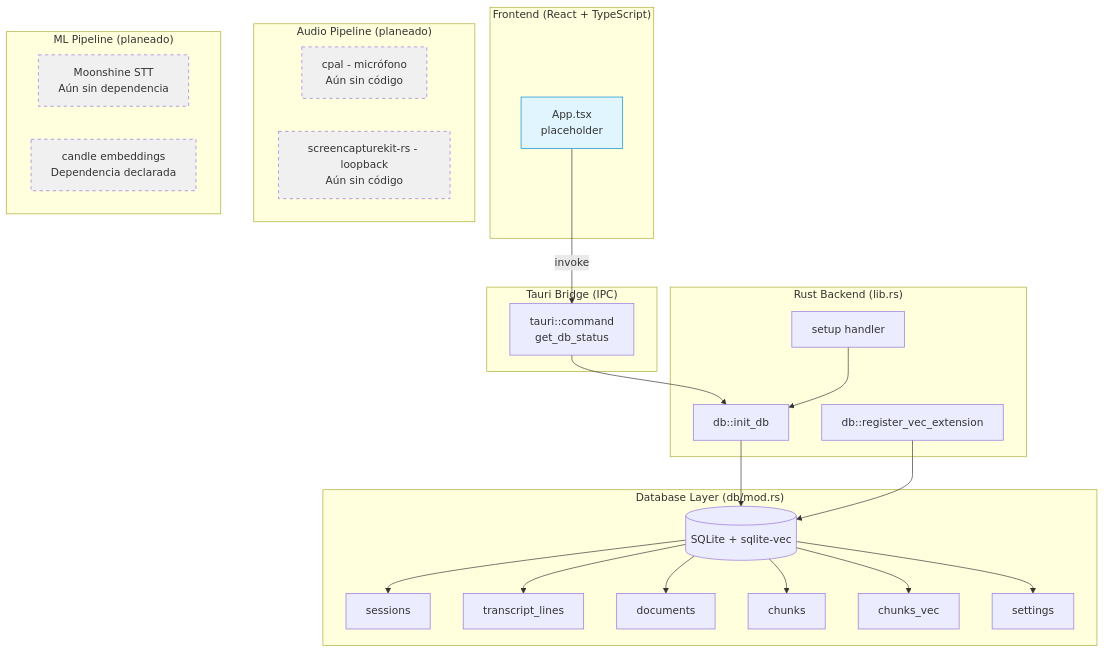
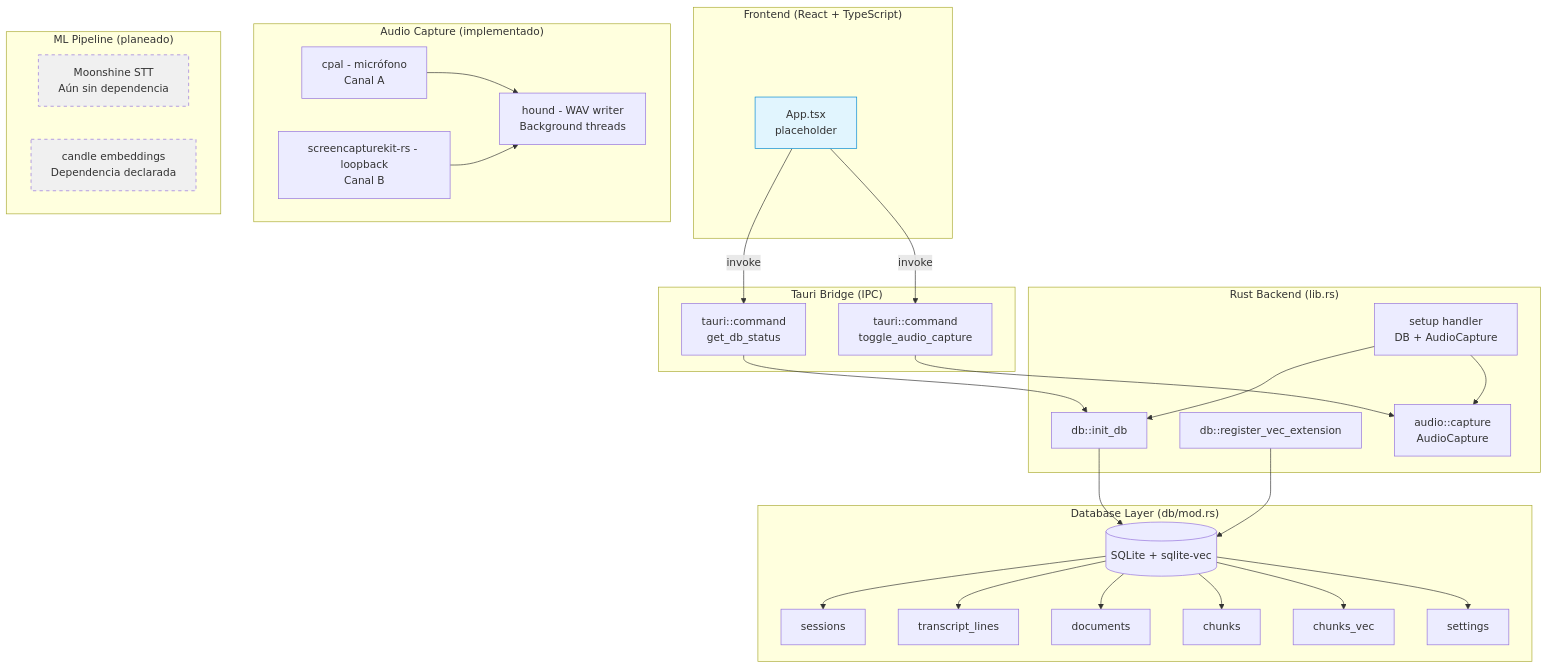
The diagram in design.md (dahch/kue), drawn with Mermaid before and after one commit. The commit also changed other lines of this file and 2 other files, not shown here.

Commit message:
docs: update project status and architecture for audio capture implementation
Reflect that Sprint 0 now includes dual audio capture (mic via cpal,
loopback via ScreenCaptureKit, WAV writer via hound). Update architecture
diagrams, component tables, and sprint roadmap accordingly.

````diff
--- a/design.md
+++ b/design.md
@@ -9,54 +9,60 @@
 ```mermaid
 graph TD
     subgraph "Frontend (React + TypeScript)"
         A[App.tsx<br/>placeholder]
     end
 
     subgraph "Tauri Bridge (IPC)"
-        B[tauri::command<br/>get_db_status]
+        B1[tauri::command<br/>get_db_status]
+        B2[tauri::command<br/>toggle_audio_capture]
     end
 
     subgraph "Rust Backend (lib.rs)"
         C[db::init_db]
         D[db::register_vec_extension]
-        E[setup handler]
+        E[setup handler<br/>DB + AudioCapture]
+        F[audio::capture<br/>AudioCapture]
     end
 
     subgraph "Database Layer (db/mod.rs)"
-        F[(SQLite + sqlite-vec)]
-        G[sessions]
-        H[transcript_lines]
-        I[documents]
-        J[chunks]
-        K[chunks_vec]
-        L[settings]
+        G[(SQLite + sqlite-vec)]
+        H[sessions]
+        I[transcript_lines]
+        J[documents]
+        K[chunks]
+        L[chunks_vec]
+        M[settings]
     end
 
-    subgraph "Audio Pipeline (planeado)"
-        M[cpal - micrófono<br/>Aún sin código]
-        N[screencapturekit-rs - loopback<br/>Aún sin código]
+    subgraph "Audio Capture (implementado)"
+        N[cpal - micrófono<br/>Canal A]
+        O[screencapturekit-rs - loopback<br/>Canal B]
+        P[hound - WAV writer<br/>Background threads]
     end
 
     subgraph "ML Pipeline (planeado)"
-        O[Moonshine STT<br/>Aún sin dependencia]
-        P[candle embeddings<br/>Dependencia declarada]
+        Q[Moonshine STT<br/>Aún sin dependencia]
+        R[candle embeddings<br/>Dependencia declarada]
     end
 
-    A -->|invoke| B
-    B --> C
-    C --> F
-    D --> F
+    A -->|invoke| B1
+    A -->|invoke| B2
+    B1 --> C
+    B2 --> F
+    C --> G
+    D --> G
     E --> C
-    F --> G
-    F --> H
-    F --> I
-    F --> J
-    F --> K
-    F --> L
+    E --> F
+    N --> P
+    O --> P
+    G --> H
+    G --> I
+    G --> J
+    G --> K
+    G --> L
+    G --> M
 
-    style M fill:#f0f0f0,stroke-dasharray: 5 5
-    style N fill:#f0f0f0,stroke-dasharray: 5 5
-    style O fill:#f0f0f0,stroke-dasharray: 5 5
-    style P fill:#f0f0f0,stroke-dasharray: 5 5
+    style Q fill:#f0f0f0,stroke-dasharray: 5 5
+    style R fill:#f0f0f0,stroke-dasharray: 5 5
     style A fill:#e1f5fe,stroke:#0288d1
 ```
````
